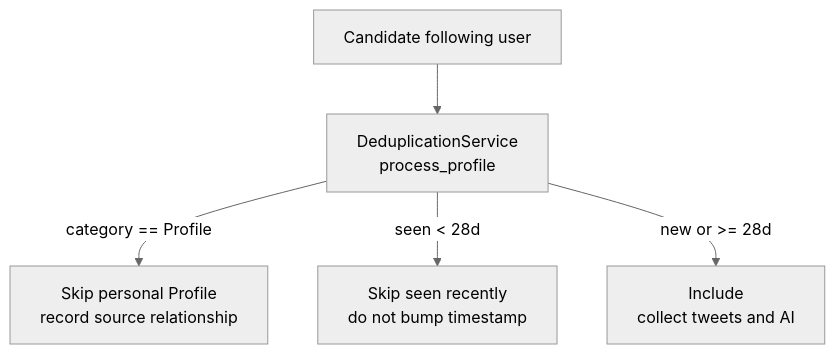
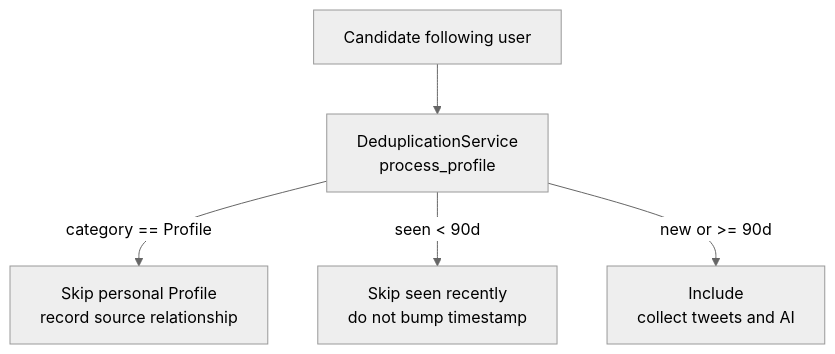
Before and after one commit to carlhuareforge/deal_sourcer_agent: the second of 3 diagrams in ARCHITECTURE.md, drawn with Mermaid (neutral theme). The commit also changed other lines of this file and 3 other files, not shown here.

````diff
--- a/ARCHITECTURE.md
+++ b/ARCHITECTURE.md
@@ -157,7 +158,7 @@
 ```mermaid
 flowchart TD
   Cand[Candidate following user] --> Check[DeduplicationService<br>process_profile]
   Check -->|category == Profile| SkipProfile[Skip personal Profile<br>record source relationship]
-  Check -->|seen < 28d| SkipRecent[Skip seen recently<br>do not bump timestamp]
-  Check -->|new or >= 28d| Include[Include<br>collect tweets and AI]
+  Check -->|seen < 90d| SkipRecent[Skip seen recently<br>do not bump timestamp]
+  Check -->|new or >= 90d| Include[Include<br>collect tweets and AI]
 ```
````
